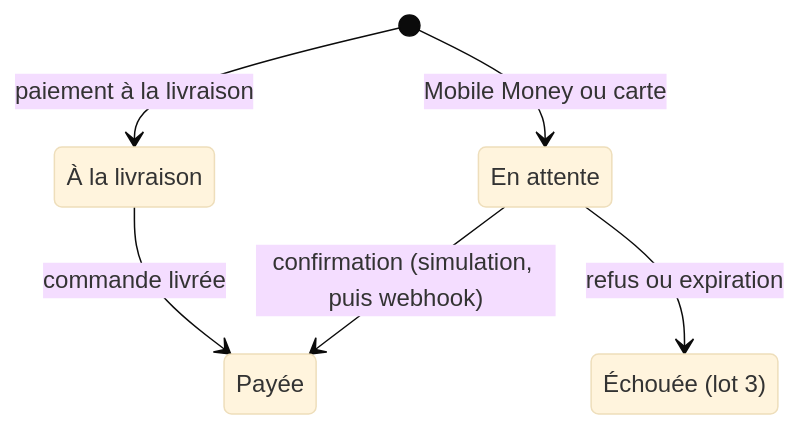
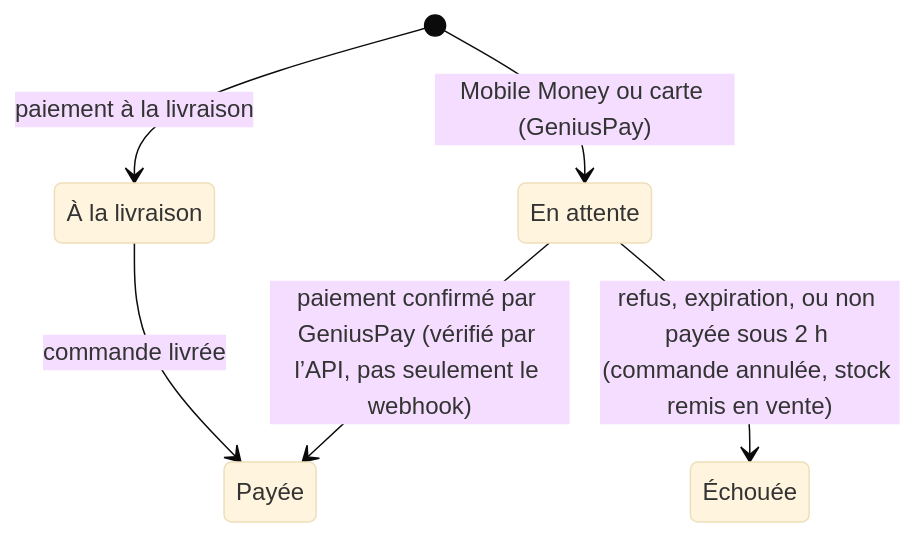
Diagram 11 of 12 in docs/ARCHITECTURE.md (akeconstant8-tech/Bethanie), drawn with Mermaid (base theme) before and after one commit. The commit also changed other lines of this file and 16 other files, not shown here.

````diff
--- a/docs/ARCHITECTURE.md
+++ b/docs/ARCHITECTURE.md
@@ -700,12 +707,12 @@
 ```mermaid
 stateDiagram-v2
   state "En attente" as attente
   state "Payée" as paye
   state "À la livraison" as cod
-  state "Échouée (lot 3)" as echec
-  [*] --> attente : Mobile Money ou carte
+  state "Échouée" as echec
+  [*] --> attente : Mobile Money ou carte (GeniusPay)
   [*] --> cod : paiement à la livraison
-  attente --> paye : confirmation (simulation, puis webhook)
-  attente --> echec : refus ou expiration
+  attente --> paye : paiement confirmé par GeniusPay (vérifié par l’API, pas seulement le webhook)
+  attente --> echec : refus, expiration, ou non payée sous 2 h (commande annulée, stock remis en vente)
   cod --> paye : commande livrée
 ```
````
